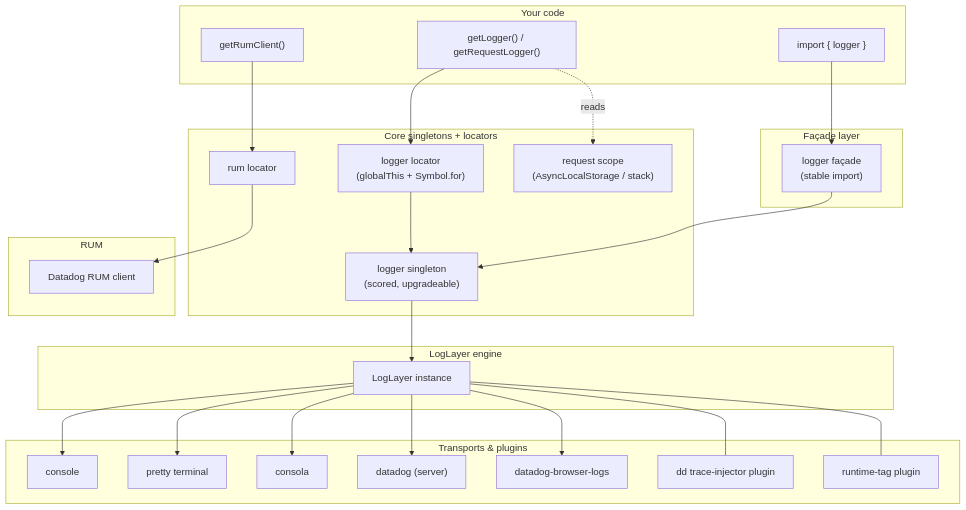
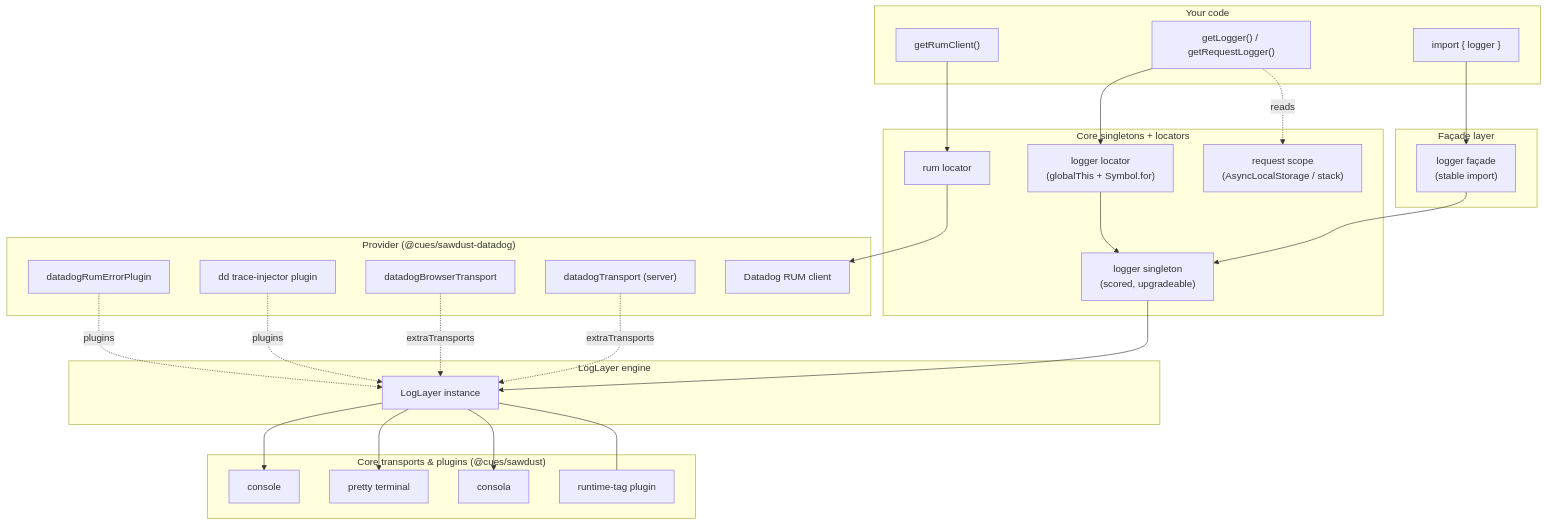
The first of 2 diagrams in website/docs/concepts/architecture.md (catesandrew/sawdust), drawn with Mermaid before and after one commit. The commit also changed other lines of this file and 14 other files, not shown here.

````diff
--- a/website/docs/concepts/architecture.md
+++ b/website/docs/concepts/architecture.md
@@ -15,45 +15,48 @@
 ```mermaid
 flowchart TB
   subgraph consumer["Your code"]
     A["import { logger }"]
     B["getLogger() / getRequestLogger()"]
     C["getRumClient()"]
   end
 
   subgraph facade["Façade layer"]
     F["logger façade<br/>(stable import)"]
   end
 
   subgraph core["Core singletons + locators"]
     S["logger singleton<br/>(scored, upgradeable)"]
     LL["logger locator<br/>(globalThis + Symbol.for)"]
     RL["rum locator"]
     RS["request scope<br/>(AsyncLocalStorage / stack)"]
   end
 
   subgraph impl["LogLayer engine"]
     LX["LogLayer instance"]
   end
 
-  subgraph transports["Transports & plugins"]
+  subgraph transports["Core transports & plugins (@cues/sawdust)"]
     T1["console"]
     T2["pretty terminal"]
     T3["consola"]
-    T4["datadog (server)"]
-    T5["datadog-browser-logs"]
-    P1["dd trace-injector plugin"]
     P2["runtime-tag plugin"]
   end
 
-  subgraph rum["RUM"]
+  subgraph provider["Provider (@cues/sawdust-datadog)"]
+    T4["datadogTransport (server)"]
+    T5["datadogBrowserTransport"]
+    P1["dd trace-injector plugin"]
+    RE["datadogRumErrorPlugin"]
     RC["Datadog RUM client"]
   end
 
   A --> F --> S
   B --> LL --> S
   C --> RL --> RC
   B -.reads.-> RS
   S --> LX
-  LX --> T1 & T2 & T3 & T4 & T5
-  LX --- P1 & P2
+  LX --> T1 & T2 & T3
+  LX --- P2
+  T4 & T5 -.extraTransports.-> LX
+  P1 & RE -.plugins.-> LX
 ```
````
